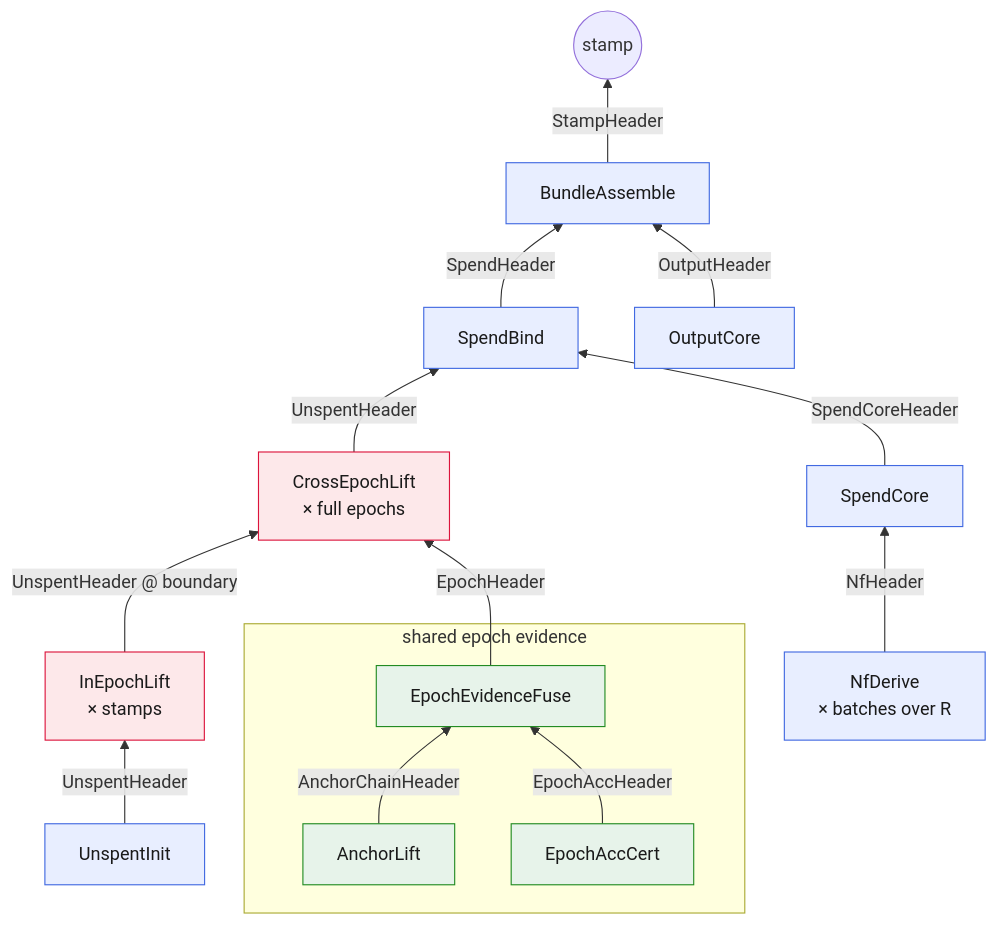
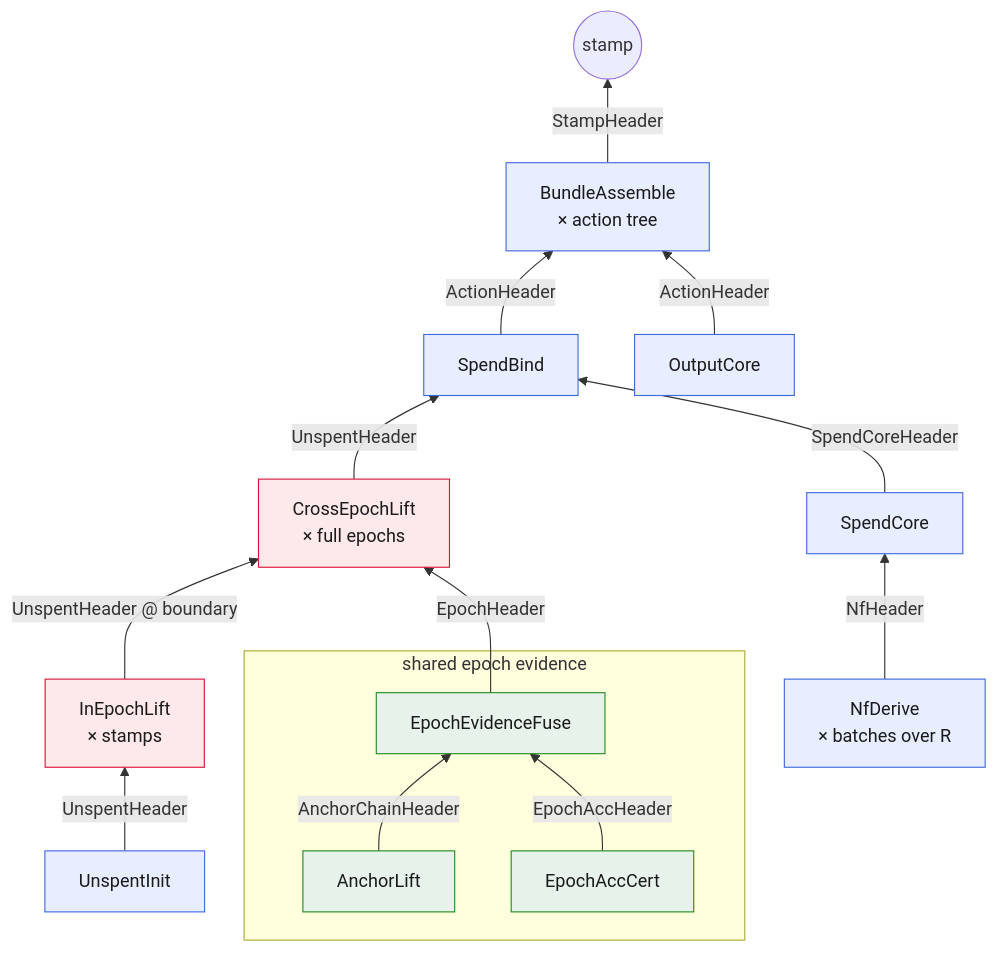
One commit to alxiong/tachyon changed the first of 2 diagrams in book/src/revisit.md. Above: the diagram before and after it, drawn with Mermaid. The commit also changed other lines of this file, not shown here.

````diff
--- a/book/src/revisit.md
+++ b/book/src/revisit.md
@@ -1571,35 +1604,35 @@
 ```mermaid
 flowchart BT
   classDef u fill:#e8eeff,stroke:#4169E1,color:#1a1a1a;
   classDef o fill:#fde8ea,stroke:#DC143C,color:#1a1a1a;
   classDef s fill:#e7f3ea,stroke:#228B22,color:#1a1a1a;
 
   subgraph shared [shared epoch evidence]
     alift[AnchorLift]:::s
     eacc[EpochAccCert]:::s
     efuse[EpochEvidenceFuse]:::s
     alift -->|AnchorChainHeader| efuse
     eacc -->|EpochAccHeader| efuse
   end
 
   nfderive["NfDerive<br/>× batches over R"]:::u
   score[SpendCore]:::u
   uinit[UnspentInit]:::u
   inlift["InEpochLift<br/>× stamps"]:::o
   ulift["CrossEpochLift<br/>× full epochs"]:::o
   sbind[SpendBind]:::u
   ocore[OutputCore]:::u
-  bmerge[BundleAssemble]:::u
+  bmerge["BundleAssemble<br/>× action tree"]:::u
   stamp((stamp))
 
   nfderive -->|NfHeader| score
   uinit -->|UnspentHeader| inlift
   inlift -->|"UnspentHeader @ boundary"| ulift
   efuse -->|EpochHeader| ulift
   ulift -->|UnspentHeader| sbind
   score -->|SpendCoreHeader| sbind
 
-  sbind -->|SpendHeader| bmerge
-  ocore -->|OutputHeader| bmerge
+  sbind -->|ActionHeader| bmerge
+  ocore -->|ActionHeader| bmerge
   bmerge -->|StampHeader| stamp
 ```
````
